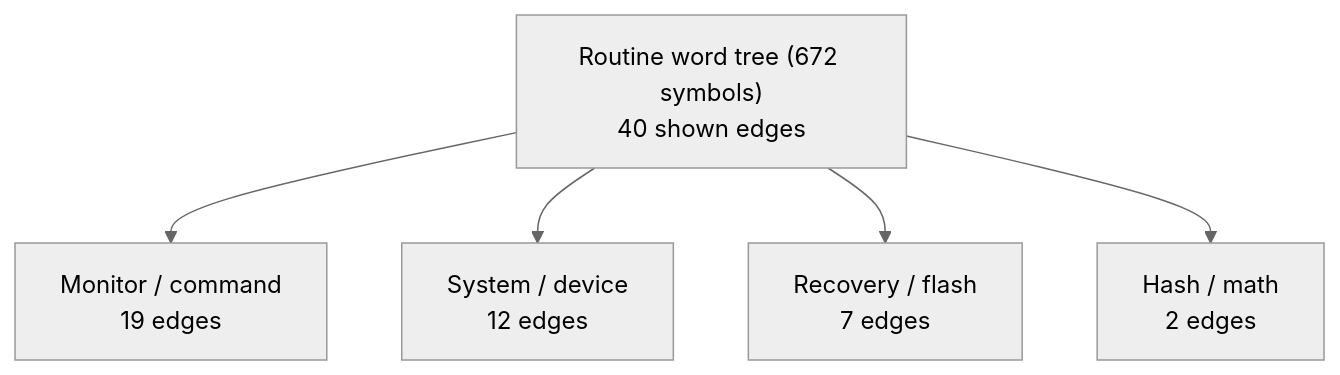
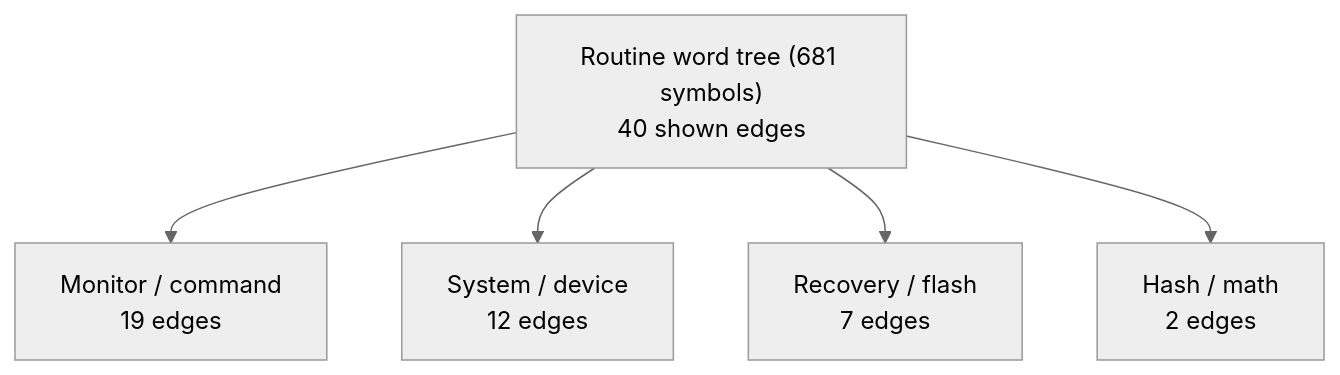
The first of 6 diagrams in DOC/GENERATED/ROUTINE_WORD_TREE.md (95westus/R-YORS), drawn with Mermaid (neutral theme) before and after one commit. The commit also changed other lines of this file and 20 other files, not shown here.

````diff
--- a/DOC/GENERATED/ROUTINE_WORD_TREE.md
+++ b/DOC/GENERATED/ROUTINE_WORD_TREE.md
@@ -16,7 +16,7 @@
 ```mermaid
 flowchart TD
-    MAP_ROOT_ROUTINE_WORD_TREE__672_SYMBOLS_["Routine word tree (672 symbols)<br/>40 shown edges"] --> MAP_FAMILY_MONITOR___COMMAND["Monitor / command<br/>19 edges"]
-    MAP_ROOT_ROUTINE_WORD_TREE__672_SYMBOLS_["Routine word tree (672 symbols)<br/>40 shown edges"] --> MAP_FAMILY_SYSTEM___DEVICE["System / device<br/>12 edges"]
-    MAP_ROOT_ROUTINE_WORD_TREE__672_SYMBOLS_["Routine word tree (672 symbols)<br/>40 shown edges"] --> MAP_FAMILY_RECOVERY___FLASH["Recovery / flash<br/>7 edges"]
-    MAP_ROOT_ROUTINE_WORD_TREE__672_SYMBOLS_["Routine word tree (672 symbols)<br/>40 shown edges"] --> MAP_FAMILY_HASH___MATH["Hash / math<br/>2 edges"]
+    MAP_ROOT_ROUTINE_WORD_TREE__681_SYMBOLS_["Routine word tree (681 symbols)<br/>40 shown edges"] --> MAP_FAMILY_MONITOR___COMMAND["Monitor / command<br/>19 edges"]
+    MAP_ROOT_ROUTINE_WORD_TREE__681_SYMBOLS_["Routine word tree (681 symbols)<br/>40 shown edges"] --> MAP_FAMILY_SYSTEM___DEVICE["System / device<br/>12 edges"]
+    MAP_ROOT_ROUTINE_WORD_TREE__681_SYMBOLS_["Routine word tree (681 symbols)<br/>40 shown edges"] --> MAP_FAMILY_RECOVERY___FLASH["Recovery / flash<br/>7 edges"]
+    MAP_ROOT_ROUTINE_WORD_TREE__681_SYMBOLS_["Routine word tree (681 symbols)<br/>40 shown edges"] --> MAP_FAMILY_HASH___MATH["Hash / math<br/>2 edges"]
 ```
````
